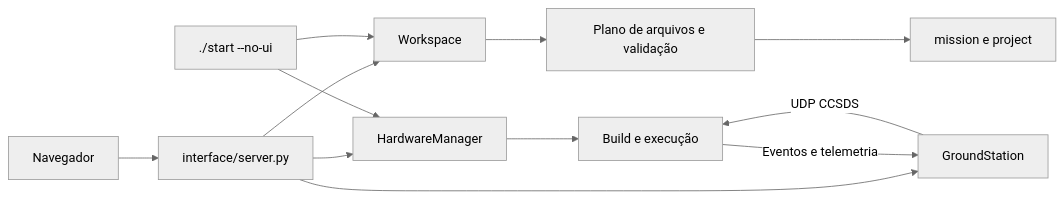
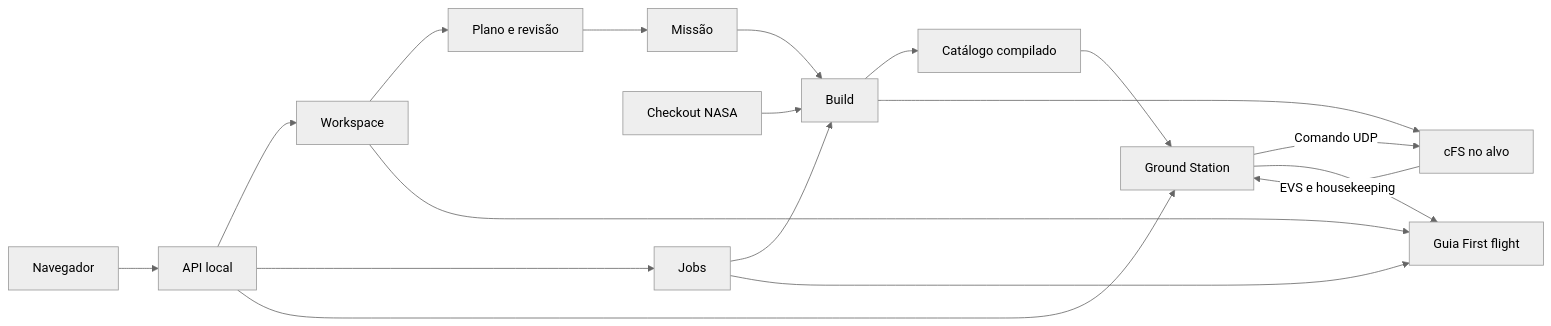
Before and after one commit to Raiagues/cfs_emulator: the diagram in docs/backend.md, drawn with Mermaid (neutral theme). The commit also changed other lines of this file and 1 other file, not shown here.

Commit message:
Document first-flight interaction rules, API contracts and runtime evidence

````diff
--- a/docs/backend.md
+++ b/docs/backend.md
@@ -5,14 +5,20 @@
 ```mermaid
 flowchart LR
-    UI[Navegador] --> HTTP[interface/server.py]
+    UI[Navegador] --> HTTP[API local]
     HTTP --> W[Workspace]
-    CLI[./start --no-ui] --> W
-    W --> Plan[Plano de arquivos e validação]
-    Plan --> Mission[mission e project]
-    HTTP --> H[HardwareManager]
-    CLI --> H
-    H --> Run[Build e execução]
-    HTTP --> G[GroundStation]
-    G -->|UDP CCSDS| Run
-    Run -->|Eventos e telemetria| G
+    W --> P[Plano e revisão]
+    P --> M[Missão]
+    NASA[Checkout NASA] --> B[Build]
+    M --> B
+    HTTP --> J[Jobs]
+    J --> B
+    B --> K[Catálogo compilado]
+    B --> R[cFS no alvo]
+    HTTP --> G[Ground Station]
+    K --> G
+    G -->|Comando UDP| R
+    R -->|EVS e housekeeping| G
+    W --> V[Guia First flight]
+    J --> V
+    G --> V
 ```
````
